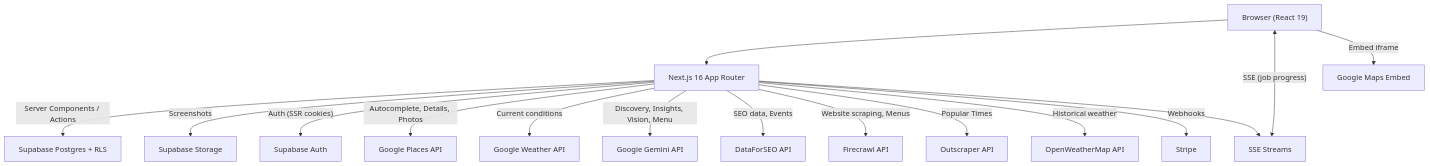
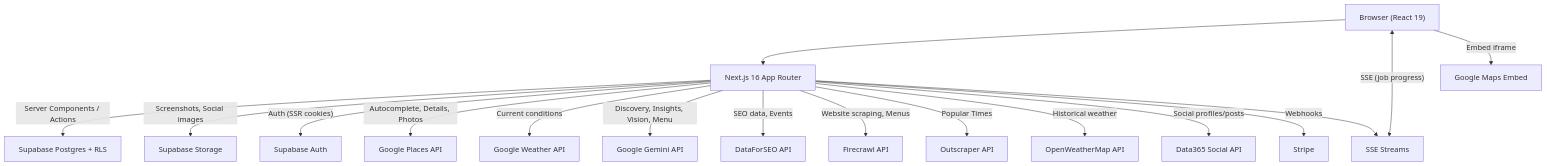
The first of 5 diagrams in BLUEPRINT.md (AliveLabs/prophet), drawn with Mermaid before and after one commit. The commit also changed other lines of this file and 17 other files, not shown here.

````diff
--- a/BLUEPRINT.md
+++ b/BLUEPRINT.md
@@ -480,34 +527,36 @@
 ```mermaid
 flowchart TB
     Browser["Browser (React 19)"]
     NextJS["Next.js 16 App Router"]
     SupaAuth["Supabase Auth"]
     SupaDB["Supabase Postgres + RLS"]
     SupaStorage["Supabase Storage"]
     GooglePlaces["Google Places API"]
     GoogleMaps["Google Maps Embed"]
     GoogleWeather["Google Weather API"]
     Gemini["Google Gemini API"]
     DataForSEO["DataForSEO API"]
     Firecrawl["Firecrawl API"]
     Outscraper["Outscraper API"]
     OpenWeatherMap["OpenWeatherMap API"]
+    Data365["Data365 Social API"]
     Stripe["Stripe"]
     SSE["SSE Streams"]
 
     Browser --> NextJS
     Browser <-->|"SSE (job progress)"| SSE
     NextJS -->|"Server Components / Actions"| SupaDB
-    NextJS -->|"Screenshots"| SupaStorage
+    NextJS -->|"Screenshots, Social images"| SupaStorage
     NextJS -->|"Auth (SSR cookies)"| SupaAuth
     NextJS -->|"Autocomplete, Details, Photos"| GooglePlaces
     NextJS -->|"Current conditions"| GoogleWeather
     NextJS -->|"Discovery, Insights, Vision, Menu"| Gemini
     NextJS -->|"SEO data, Events"| DataForSEO
     NextJS -->|"Website scraping, Menus"| Firecrawl
     NextJS -->|"Popular Times"| Outscraper
     NextJS -->|"Historical weather"| OpenWeatherMap
+    NextJS -->|"Social profiles/posts"| Data365
     NextJS -->|"Webhooks"| Stripe
     Browser -->|"Embed iframe"| GoogleMaps
     NextJS --> SSE
 ```
````
